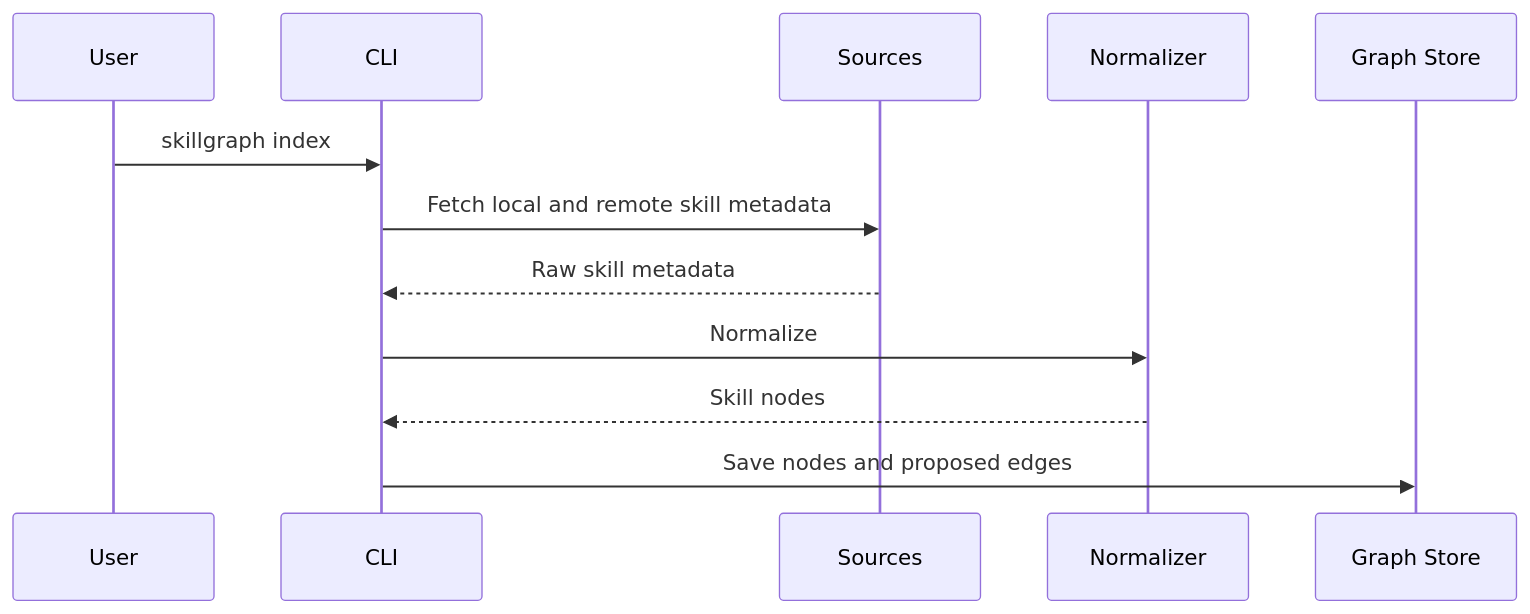
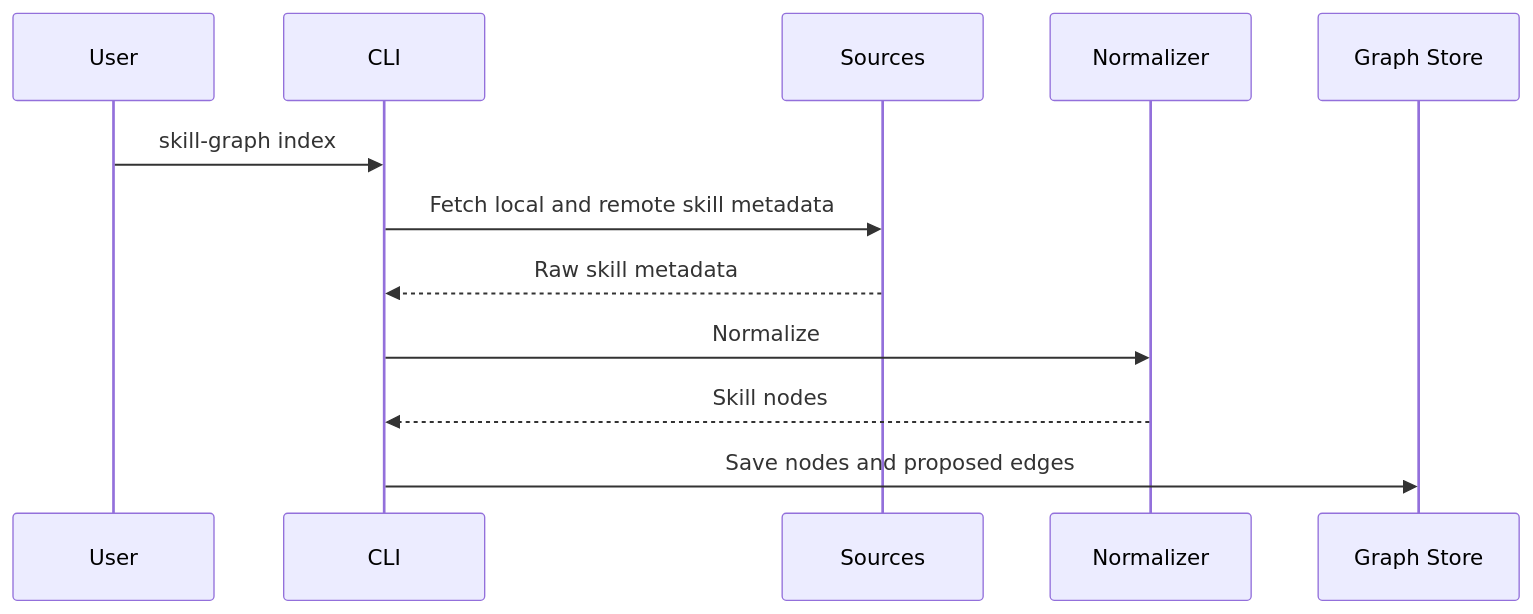
One commit to bryanwhl/SkillGraph changed the second of 3 diagrams in docs/architecture.md. Above: the diagram before and after it, drawn with Mermaid. The commit also changed other lines of this file and 37 other files, not shown here.

Commit message:
chore: rename project to skill-graph

````diff
--- a/docs/architecture.md
+++ b/docs/architecture.md
@@ -173,15 +173,15 @@
 ```mermaid
 sequenceDiagram
   participant U as User
   participant C as CLI
   participant S as Sources
   participant N as Normalizer
   participant G as Graph Store
 
-  U->>C: skillgraph index
+  U->>C: skill-graph index
   C->>S: Fetch local and remote skill metadata
   S-->>C: Raw skill metadata
   C->>N: Normalize
   N-->>C: Skill nodes
   C->>G: Save nodes and proposed edges
 ```
````
